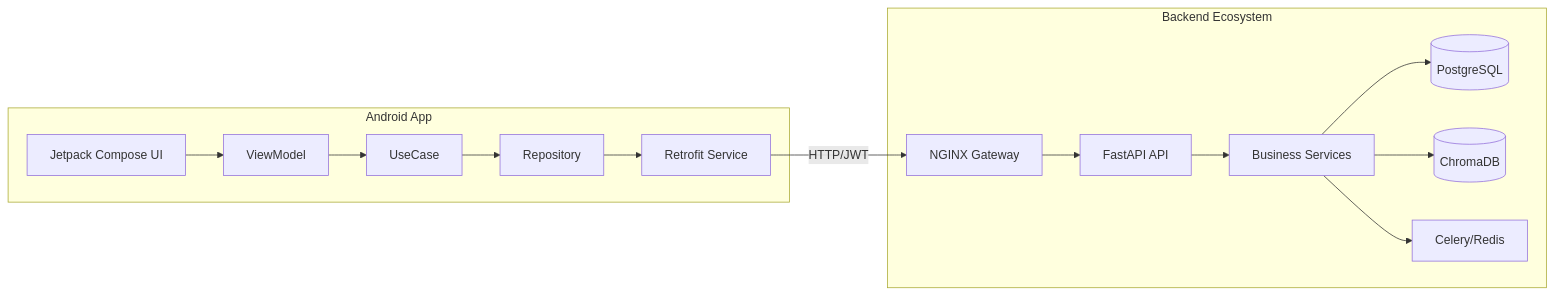
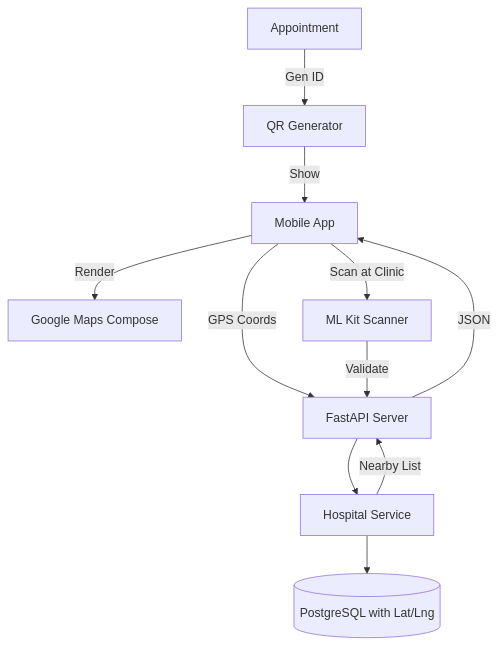
Before and after one commit to KotlinFiroj/Ai-HealthCare-App: the diagram in .artifacts/4dc8775b-7ddf-49a0-b4e6-8fda79cbdfec/implementation_plan.artifact.md, drawn with Mermaid. The commit also changed other lines of this file and 7 other files, not shown here.

````diff
--- a/.artifacts/4dc8775b-7ddf-49a0-b4e6-8fda79cbdfec/implementation_plan.artifact.md
+++ b/.artifacts/4dc8775b-7ddf-49a0-b4e6-8fda79cbdfec/implementation_plan.artifact.md
@@ -51,19 +49,14 @@
 ```mermaid
-graph LR
-    subgraph Android App
-        UI[Jetpack Compose UI] --> VM[ViewModel]
-        VM --> UC[UseCase]
-        UC --> Repo[Repository]
-        Repo --> API_Client[Retrofit Service]
-    end
+graph TD
+    User[Mobile App] -->|GPS Coords| API[FastAPI Server]
+    API --> HS[Hospital Service]
+    HS --> DB[(PostgreSQL with Lat/Lng)]
+    HS -->|Nearby List| API
+    API -->|JSON| User
+    User -->|Render| Maps[Google Maps Compose]
 
-    API_Client -->|HTTP/JWT| Nginx[NGINX Gateway]
-
-    subgraph Backend Ecosystem
-        Nginx --> FastAPI[FastAPI API]
-        FastAPI --> Services[Business Services]
-        Services --> DB[(PostgreSQL)]
-        Services --> Vector[(ChromaDB)]
-        Services --> Worker[Celery/Redis]
-    end
+    Appt[Appointment] -->|Gen ID| QR[QR Generator]
+    QR -->|Show| User
+    User -->|Scan at Clinic| Scanner[ML Kit Scanner]
+    Scanner -->|Validate| API
 ```
````
